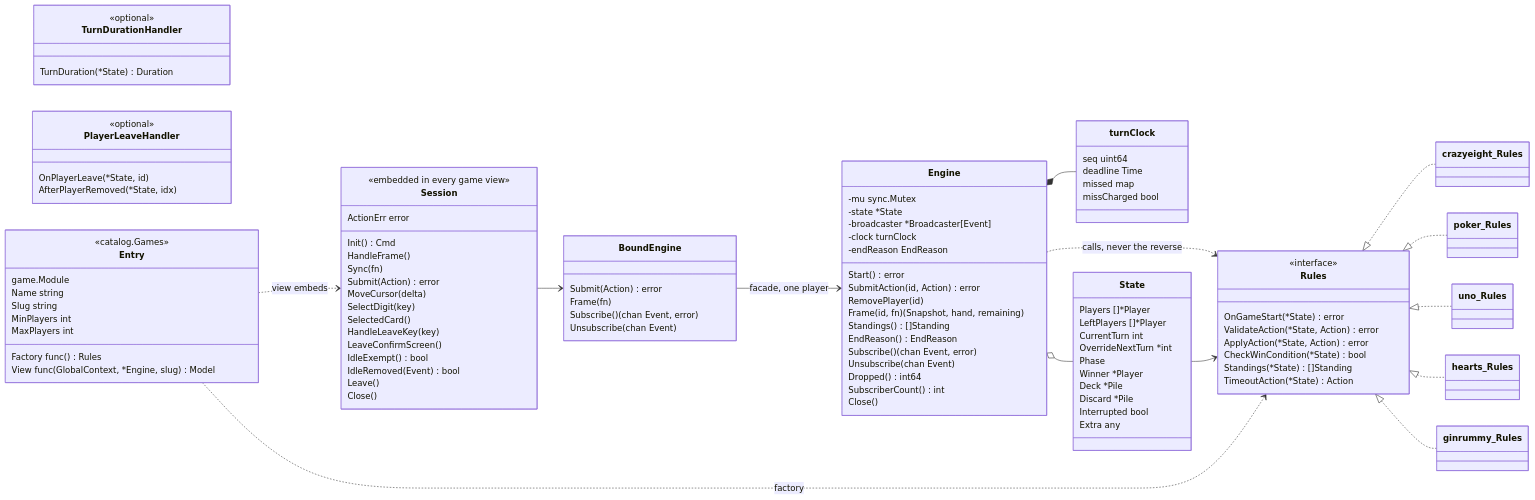
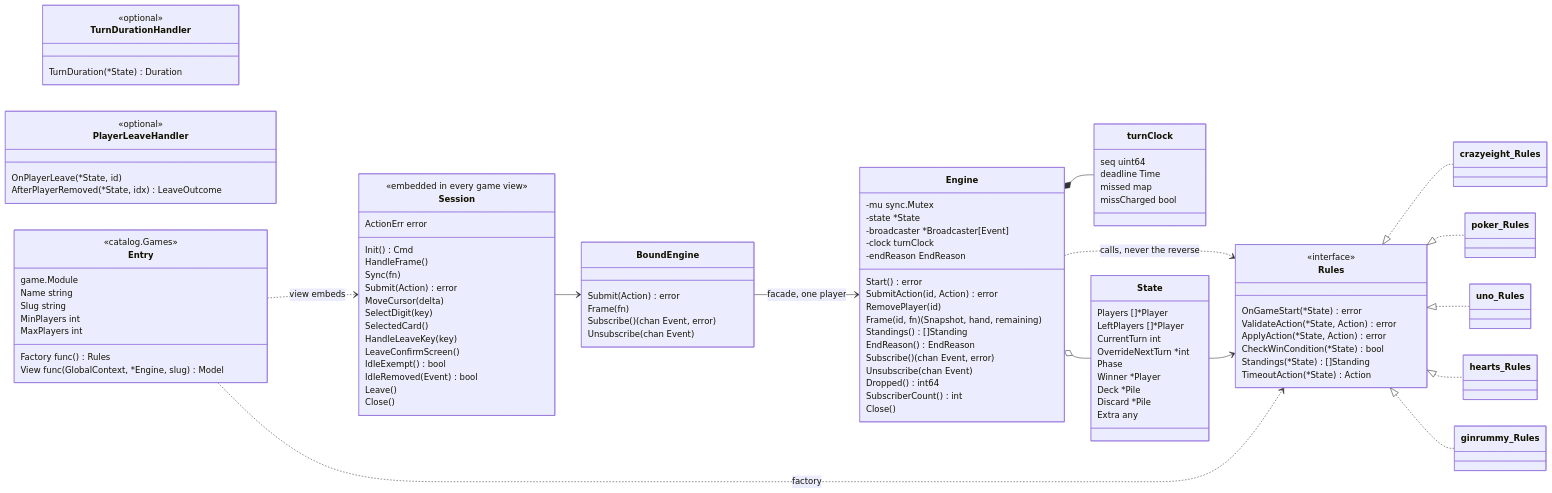
The tenth of 11 diagrams in docs/codebase-map.md (Pieczasz/tty-cards), drawn with Mermaid before and after one commit. The commit also changed 21 other files, not shown here.

Commit message:
refactor(game): AfterPlayerRemoved returns a LeaveOutcome; drop State.Interrupted

```diff
--- a/docs/codebase-map.md
+++ b/docs/codebase-map.md
@@ -361,7 +361,7 @@
     class PlayerLeaveHandler {
         <<optional>>
         OnPlayerLeave(*State, id)
-        AfterPlayerRemoved(*State, idx)
+        AfterPlayerRemoved(*State, idx) LeaveOutcome
     }
 
     class Engine {
@@ -397,7 +397,6 @@
         Winner *Player
         Deck *Pile
         Discard *Pile
-        Interrupted bool
         Extra any
     }
     class BoundEngine {
```
